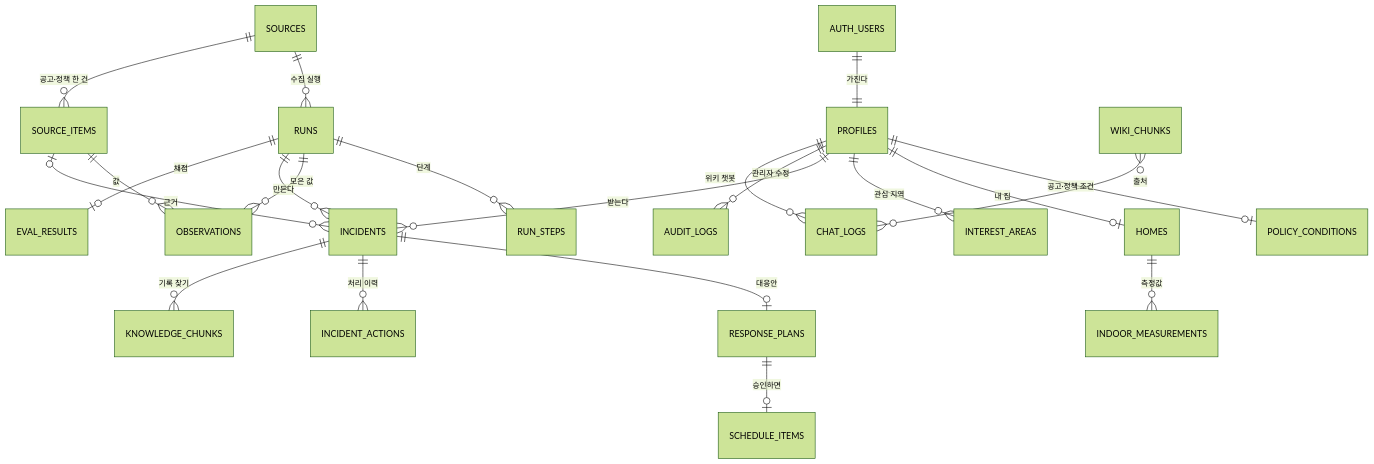
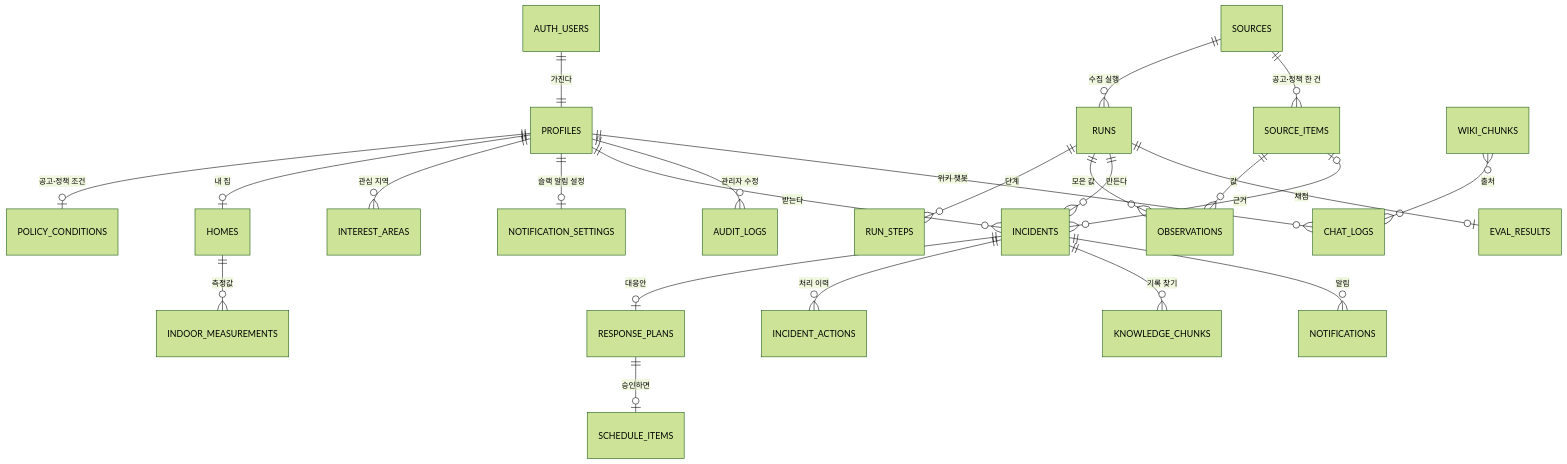
Before and after one commit to LS-PROJECT-TEAM3/HomeFit: the diagram in docs/ERD.md, drawn with Mermaid (forest theme). The commit also changed other lines of this file and 16 other files, not shown here.

````diff
--- a/docs/ERD.md
+++ b/docs/ERD.md
@@ -9,27 +9,29 @@
 ```mermaid
 erDiagram
     AUTH_USERS ||--|| PROFILES : "가진다"
     PROFILES ||--o| POLICY_CONDITIONS : "공고·정책 조건"
     PROFILES ||--o| HOMES : "내 집"
     HOMES ||--o{ INDOOR_MEASUREMENTS : "측정값"
     PROFILES ||--o{ INTEREST_AREAS : "관심 지역"
+    PROFILES ||--o| NOTIFICATION_SETTINGS : "슬랙 알림 설정"
 
     SOURCES ||--o{ RUNS : "수집 실행"
     RUNS ||--o{ RUN_STEPS : "단계"
     RUNS ||--o{ OBSERVATIONS : "모은 값"
     SOURCES ||--o{ SOURCE_ITEMS : "공고·정책 한 건"
     SOURCE_ITEMS ||--o{ OBSERVATIONS : "값"
 
     PROFILES ||--o{ INCIDENTS : "받는다"
     RUNS ||--o{ INCIDENTS : "만든다"
     SOURCE_ITEMS |o--o{ INCIDENTS : "근거"
     INCIDENTS ||--o| RESPONSE_PLANS : "대응안"
     INCIDENTS ||--o{ INCIDENT_ACTIONS : "처리 이력"
     RESPONSE_PLANS ||--o| SCHEDULE_ITEMS : "승인하면"
     INCIDENTS ||--o{ KNOWLEDGE_CHUNKS : "기록 찾기"
+    INCIDENTS ||--o{ NOTIFICATIONS : "알림"
 
     PROFILES ||--o{ AUDIT_LOGS : "관리자 수정"
     PROFILES ||--o{ CHAT_LOGS : "위키 챗봇"
     WIKI_CHUNKS }o--o{ CHAT_LOGS : "출처"
     RUNS ||--o| EVAL_RESULTS : "채점"
 ```
````
